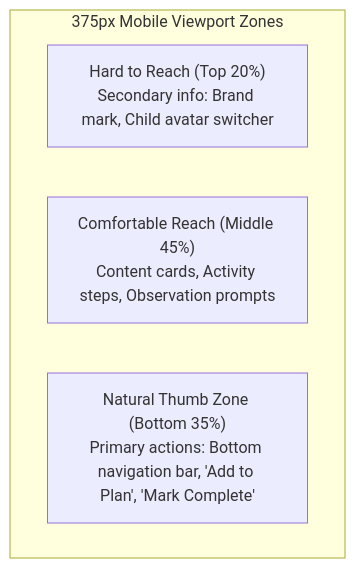
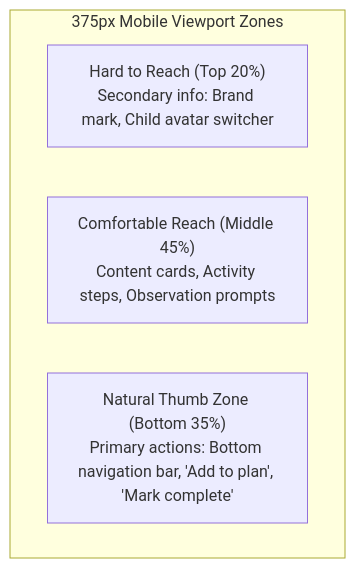
One commit to Thesis-Titans/littlesteps-docs changed the second of 3 diagrams in docs/ui-ux-design-specification.md. Above: the diagram before and after it, drawn with Mermaid. The commit also changed other lines of this file and 2 other files, not shown here.

Commit message:
docs(spec): align API error code with RESOURCE_NOT_FOUND and settle milestone and plan button wording (#92)

````diff
--- a/docs/ui-ux-design-specification.md
+++ b/docs/ui-ux-design-specification.md
@@ -65,8 +65,8 @@
 ```mermaid
 graph TD
     subgraph "375px Mobile Viewport Zones"
         Top["Hard to Reach (Top 20%)<br/>Secondary info: Brand mark, Child avatar switcher"]
         Mid["Comfortable Reach (Middle 45%)<br/>Content cards, Activity steps, Observation prompts"]
-        Bottom["Natural Thumb Zone (Bottom 35%)<br/>Primary actions: Bottom navigation bar, 'Add to Plan', 'Mark Complete'"]
+        Bottom["Natural Thumb Zone (Bottom 35%)<br/>Primary actions: Bottom navigation bar, 'Add to plan', 'Mark complete'"]
     end
 ```
````
